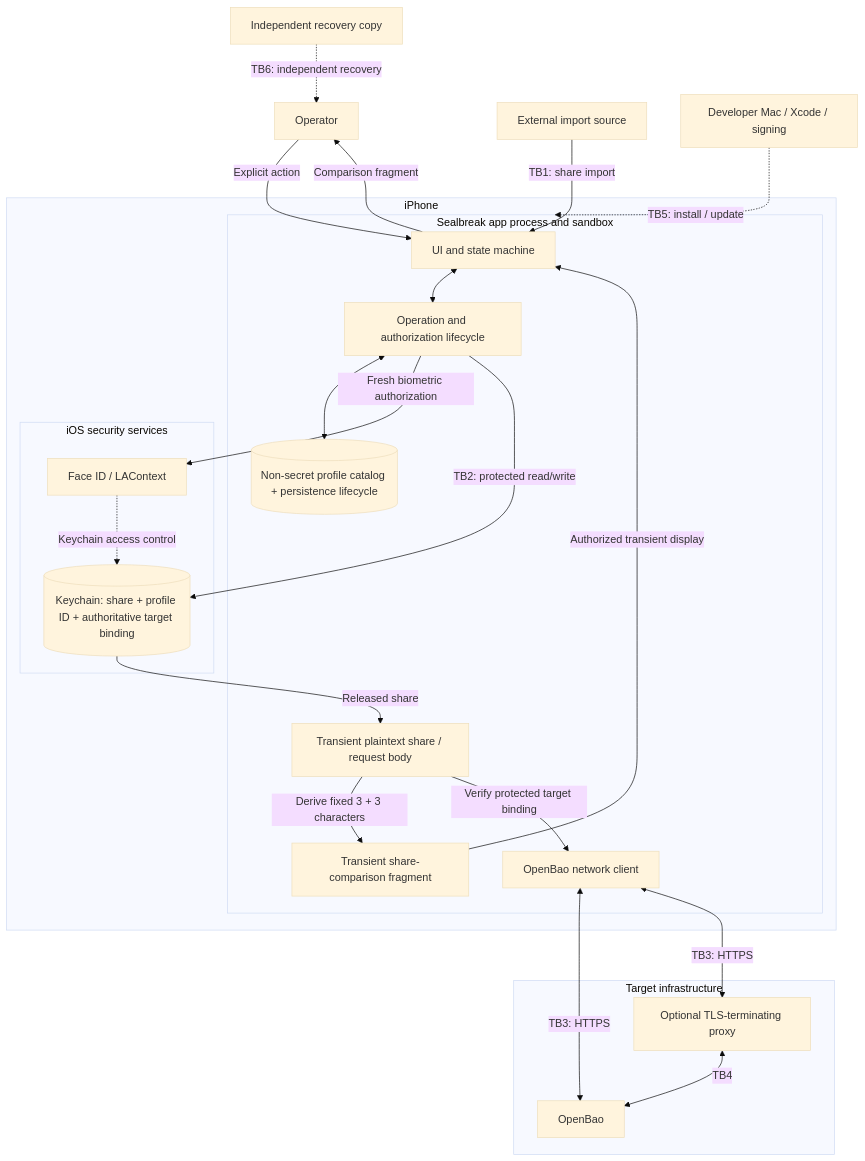
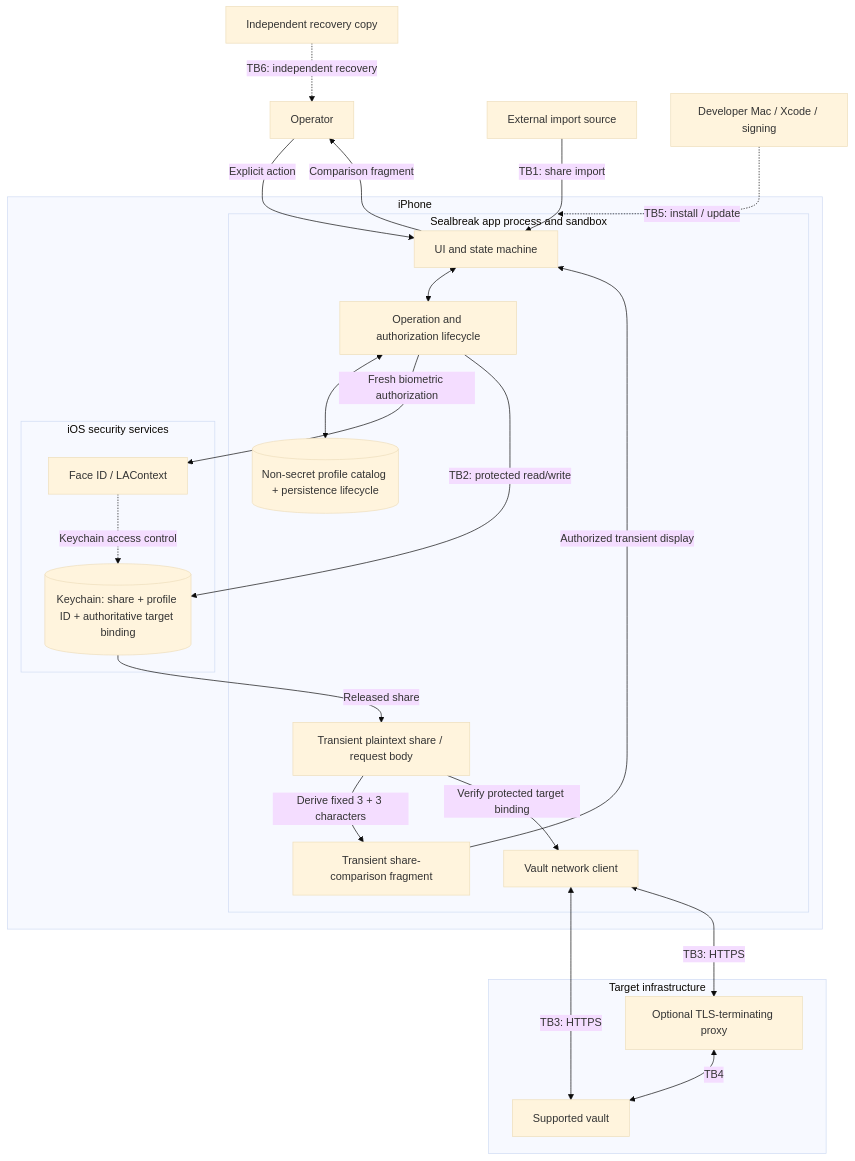
One commit to GeorgesAlkhouri/sealbreak changed the first of 3 diagrams in THREAT_MODEL.md. Above: the diagram before and after it, drawn with Mermaid (base theme). The commit also changed other lines of this file, not shown here.

First line of the commit message:
docs: generalize threat model beyond OpenBao (#90)

````diff
--- a/THREAT_MODEL.md
+++ b/THREAT_MODEL.md
@@ -59,49 +60,49 @@
 ```mermaid
 flowchart TB
     OP["Operator"]
     IMPORT["External import source"]
     REC["Independent recovery copy"]
     BUILD["Developer Mac / Xcode / signing"]
 
     subgraph PHONE["iPhone"]
         subgraph APP["Sealbreak app process and sandbox"]
             UI["UI and state machine"]
             MODEL["Operation and authorization lifecycle"]
             DISPLAY[("Non-secret profile catalog + persistence lifecycle")]
             MEM["Transient plaintext share / request body"]
             FRAGMENT["Transient share-comparison fragment"]
-            NET["OpenBao network client"]
+            NET["Vault network client"]
         end
 
         subgraph IOS["iOS security services"]
             AUTH["Face ID / LAContext"]
             KC[("Keychain: share + profile ID + authoritative target binding")]
         end
     end
 
     subgraph TARGET["Target infrastructure"]
         PROXY["Optional TLS-terminating proxy"]
-        BAO["OpenBao"]
+        VAULT["Supported vault"]
     end
 
     OP -->|"Explicit action"| UI
     IMPORT -->|"TB1: share import"| UI
     BUILD -.->|"TB5: install / update"| APP
 
     UI <--> MODEL
     MODEL <--> DISPLAY
     MODEL -->|"Fresh biometric authorization"| AUTH
     AUTH -.->|"Keychain access control"| KC
     MODEL -->|"TB2: protected read/write"| KC
     KC -->|"Released share"| MEM
     MEM -->|"Derive fixed 3 + 3 characters"| FRAGMENT
     FRAGMENT -->|"Authorized transient display"| UI
     UI -->|"Comparison fragment"| OP
     MEM -->|"Verify protected target binding"| NET
 
-    NET <-->|"TB3: HTTPS"| BAO
+    NET <-->|"TB3: HTTPS"| VAULT
     NET <-->|"TB3: HTTPS"| PROXY
-    PROXY <-->|"TB4"| BAO
+    PROXY <-->|"TB4"| VAULT
 
     REC -.->|"TB6: independent recovery"| OP
 ```
````
